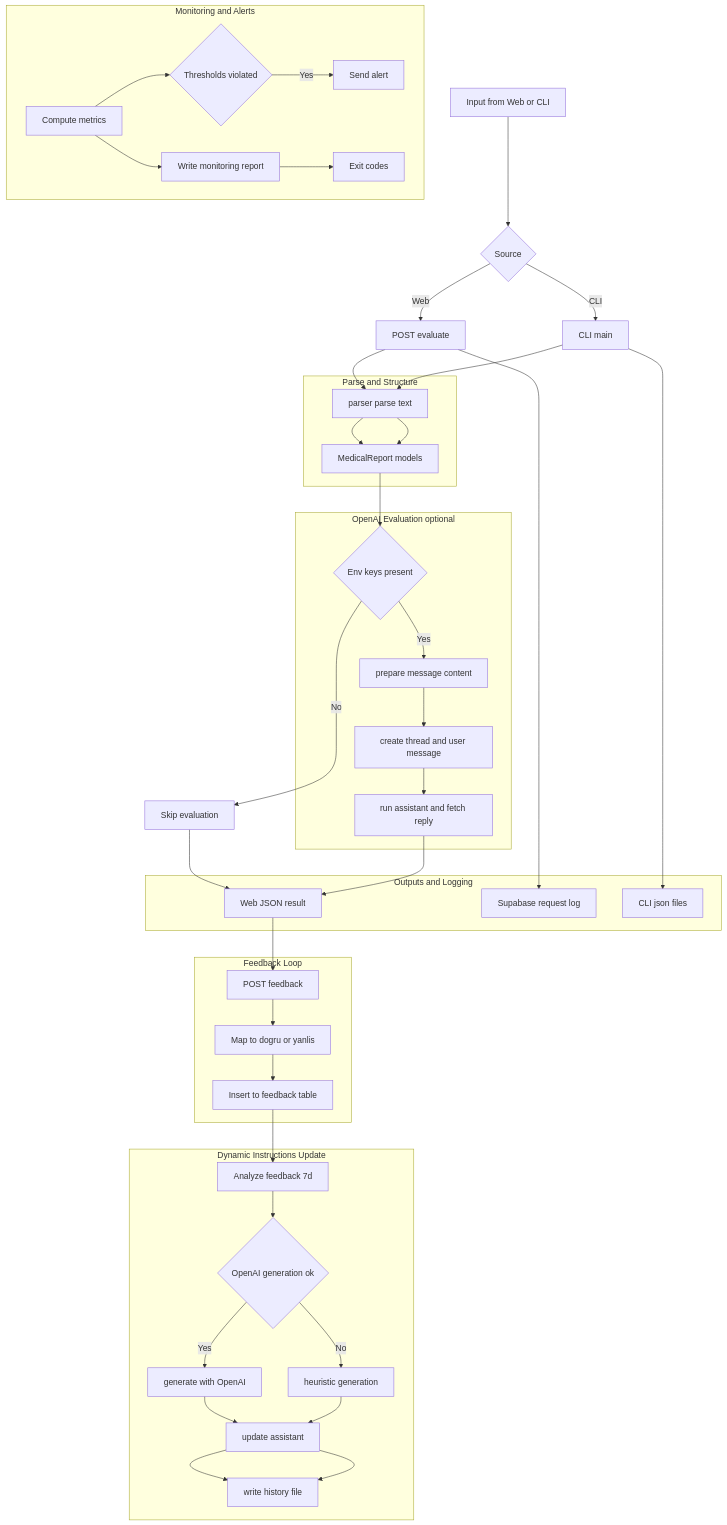
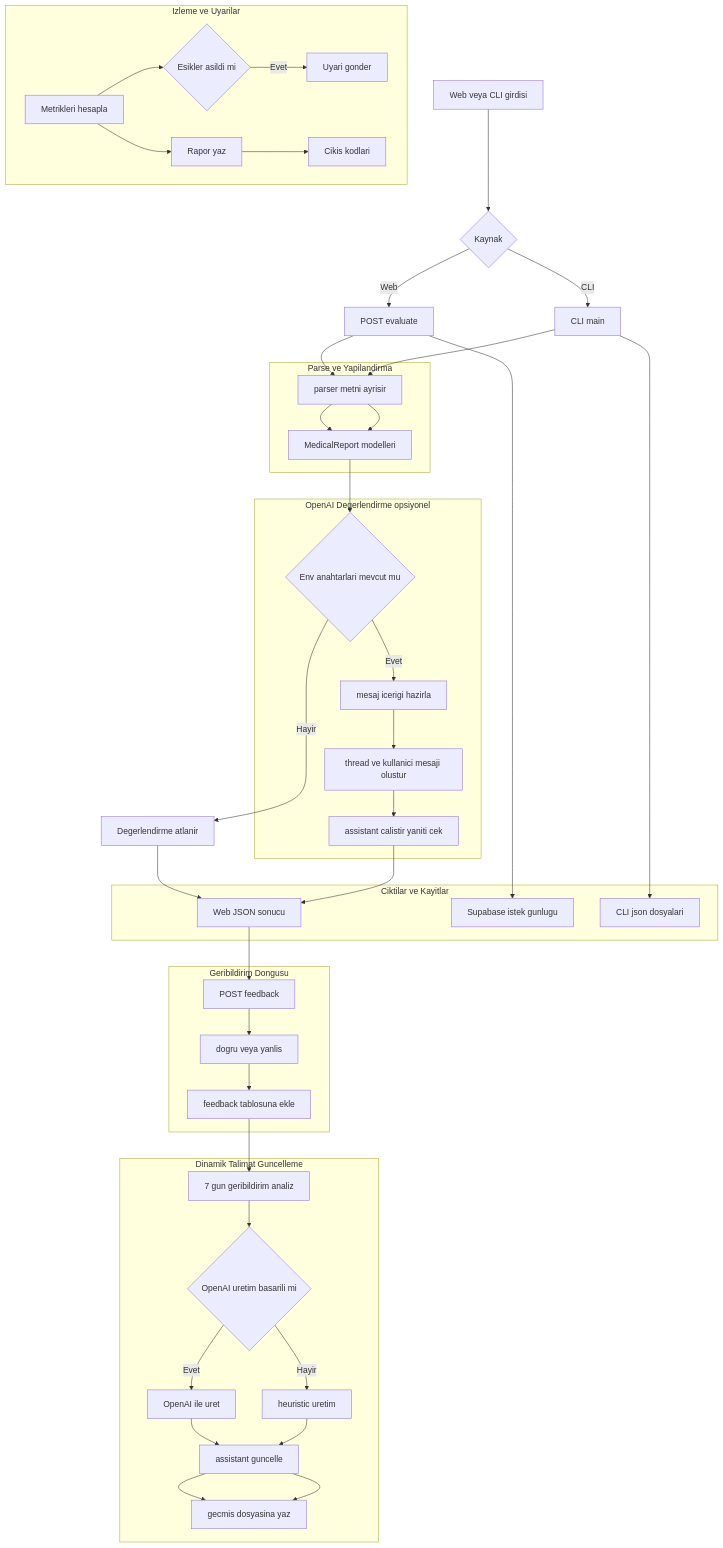
Before and after one commit to berdanalikan/hunerdeneme: the second of 2 diagrams in docs/ARCHITECTURE.md, drawn with Mermaid. The commit also changed other lines of this file, not shown here.

Commit message:
docs(architecture): turkcelestirme ve Mermaid uyumlu etiketler

````diff
--- a/docs/ARCHITECTURE.md
+++ b/docs/ARCHITECTURE.md
@@ -61,70 +61,70 @@
 ```mermaid
 flowchart TD
-  A[Input from Web or CLI] --> B{Source}
+  A[Web veya CLI girdisi] --> B{Kaynak}
   B -- Web --> C1[POST evaluate]
   B -- CLI --> C2[CLI main]
 
-  subgraph Parse[Parse and Structure]
-    P1[parser parse text]
-    P2[MedicalReport models]
+  subgraph Parse[Parse ve Yapilandirma]
+    P1[parser metni ayrisir]
+    P2[MedicalReport modelleri]
   end
 
   C1 --> P1 --> P2
   C2 --> P1 --> P2
 
-  subgraph Eval[OpenAI Evaluation optional]
-    E1{Env keys present}
-    E2[prepare message content]
-    E3[create thread and user message]
-    E4[run assistant and fetch reply]
+  subgraph Eval[OpenAI Degerlendirme opsiyonel]
+    E1{Env anahtarlari mevcut mu}
+    E2[mesaj icerigi hazirla]
+    E3[thread ve kullanici mesaji olustur]
+    E4[assistant calistir yaniti cek]
   end
 
   P2 --> E1
-  E1 -- No --> S1[Skip evaluation]
-  E1 -- Yes --> E2 --> E3 --> E4
+  E1 -- Hayir --> S1[Degerlendirme atlanir]
+  E1 -- Evet --> E2 --> E3 --> E4
 
-  subgraph Out[Outputs and Logging]
-    O1[Web JSON result]
-    O2[CLI json files]
-    O3[Supabase request log]
+  subgraph Out[Ciktilar ve Kayitlar]
+    O1[Web JSON sonucu]
+    O2[CLI json dosyalari]
+    O3[Supabase istek gunlugu]
   end
 
   E4 --> O1
   S1 --> O1
   C2 --> O2
   C1 --> O3
 
-  subgraph FB[Feedback Loop]
+  subgraph FB[Geribildirim Dongusu]
     F1[POST feedback]
-    F2[Map to dogru or yanlis]
-    F3[Insert to feedback table]
+    F2[dogru veya yanlis]
+    F3[feedback tablosuna ekle]
   end
 
   O1 --> F1 --> F2 --> F3
 
-  subgraph DynIns[Dynamic Instructions Update]
-    D1[Analyze feedback 7d]
-    D2{OpenAI generation ok}
-    D3[generate with OpenAI]
-    D4[heuristic generation]
-    D5[update assistant]
-    D6[write history file]
+  subgraph DynIns[Dinamik Talimat Guncelleme]
+    D1[7 gun geribildirim analiz]
+    D2{OpenAI uretim basarili mi}
+    D3[OpenAI ile uret]
+    D4[heuristic uretim]
+    D5[assistant guncelle]
+    D6[gecmis dosyasina yaz]
   end
 
   F3 --> D1
   D1 --> D2
-  D2 -- Yes --> D3 --> D5 --> D6
-  D2 -- No --> D4 --> D5 --> D6
+  D2 -- Evet --> D3 --> D5 --> D6
+  D2 -- Hayir --> D4 --> D5 --> D6
 
-  subgraph Mon[Monitoring and Alerts]
-    M1[Compute metrics]
-    M2{Thresholds violated}
-    M3[Send alert]
-    M4[Write monitoring report]
-    M5[Exit codes]
+  subgraph Mon[Izleme ve Uyarilar]
+    M1[Metrikleri hesapla]
+    M2{Esikler asildi mi}
+    M3[Uyari gonder]
+    M4[Rapor yaz]
+    M5[Cikis kodlari]
   end
 
   M1 --> M2
-  M2 -- Yes --> M3
+  M2 -- Evet --> M3
   M1 --> M4 --> M5
 ```
````
